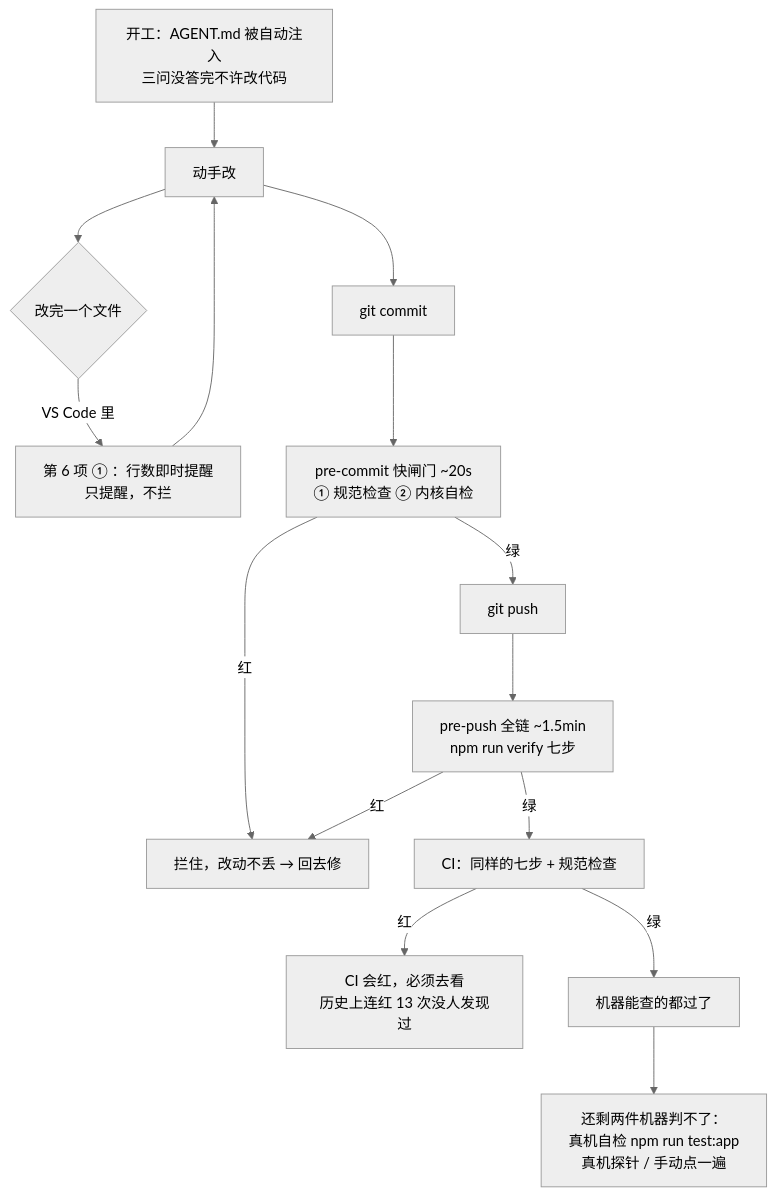
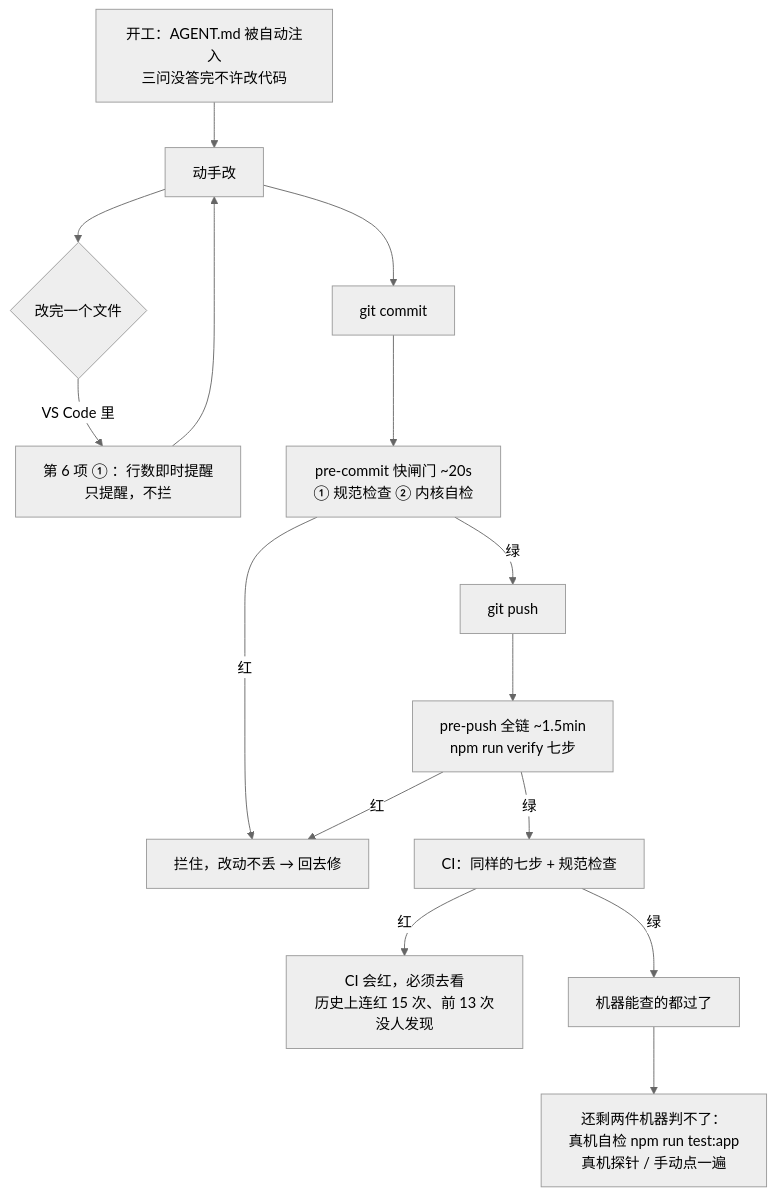
Before and after one commit to KhooTsuen/harbor-agent: the diagram in docs/约束机制说明.md, drawn with Mermaid (neutral theme). The commit also changed other lines of this file and 8 other files, not shown here.

````diff
--- a/docs/约束机制说明.md
+++ b/docs/约束机制说明.md
@@ -38,17 +38,17 @@
 ```mermaid
 flowchart TD
     A[开工：AGENT.md 被自动注入<br/>三问没答完不许改代码] --> B[动手改]
     B --> C{改完一个文件}
     C -->|VS Code 里| D[第 6 项 ① ：行数即时提醒<br/>只提醒，不拦]
     D --> B
     B --> E[git commit]
     E --> F[pre-commit 快闸门 ~20s<br/>① 规范检查 ② 内核自检]
     F -->|红| G[拦住，改动不丢 → 回去修]
     F -->|绿| H[git push]
     H --> I[pre-push 全链 ~1.5min<br/>npm run verify 七步]
     I -->|红| G
     I -->|绿| J[CI：同样的七步 + 规范检查]
-    J -->|红| K[CI 会红，必须去看<br/>历史上连红 13 次没人发现过]
+    J -->|红| K[CI 会红，必须去看<br/>历史上连红 15 次、前 13 次没人发现]
     J -->|绿| L[机器能查的都过了]
     L --> M[还剩两件机器判不了：<br/>真机自检 npm run test:app<br/>真机探针 / 手动点一遍]
 ```
````
